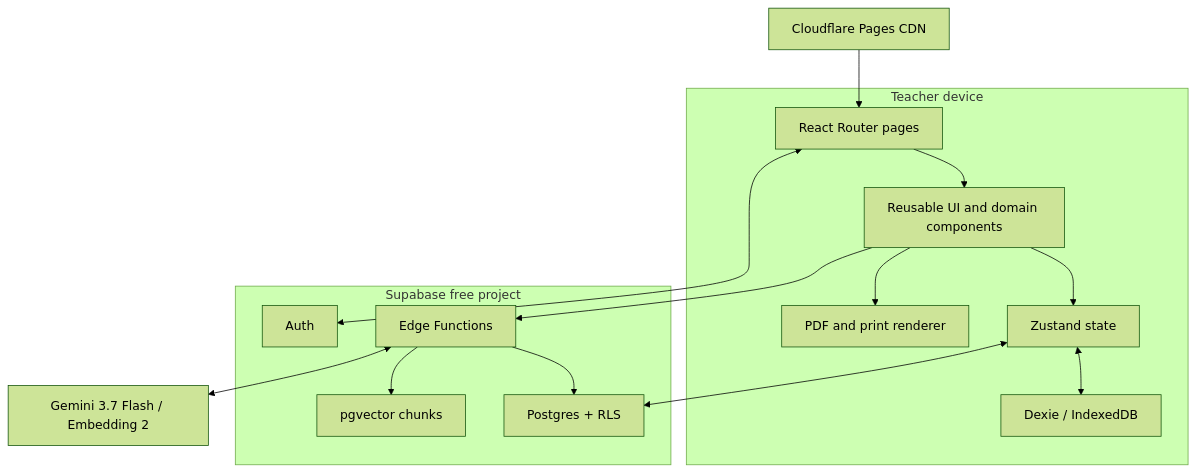
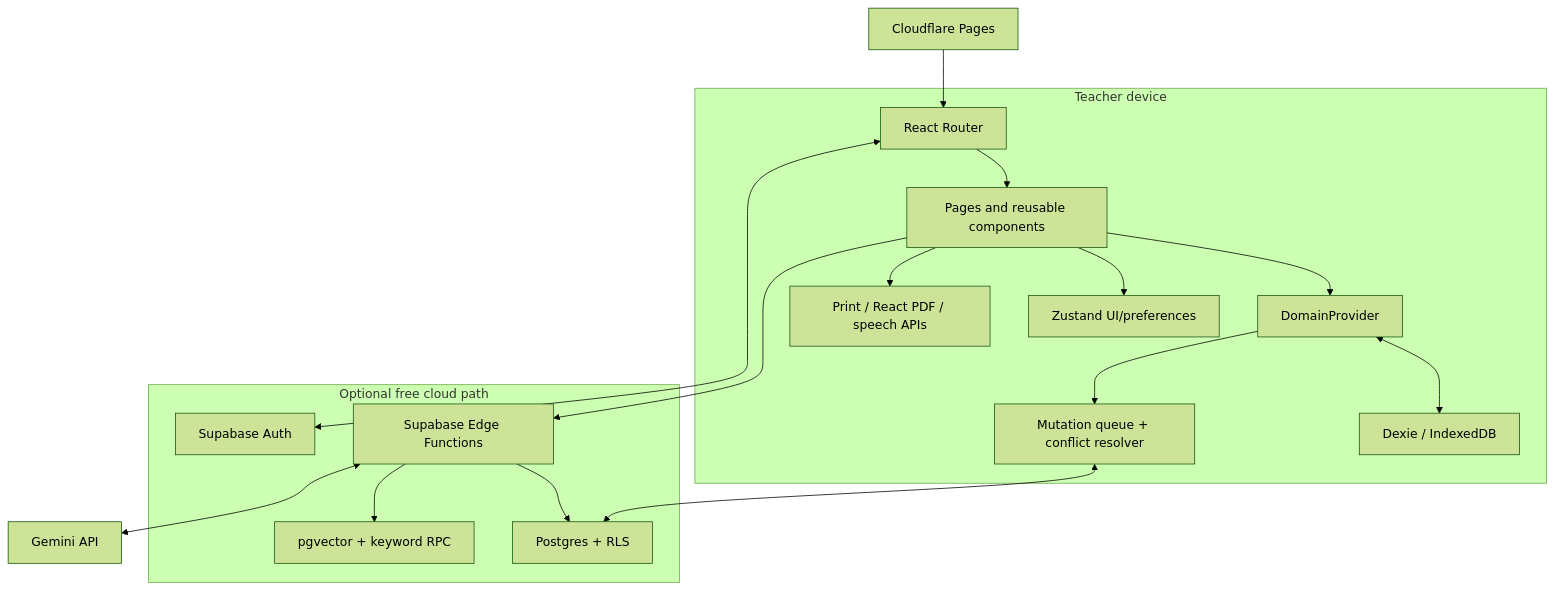
One commit to harshawardhanchitnis/Omnikon_Hackathon_Harshawardhan_Chitnis changed the first of 4 diagrams in docs/ARCHITECTURE.md. Above: the diagram before and after it, drawn with Mermaid (forest theme). The commit also changed other lines of this file and 85 other files, not shown here.

````diff
--- a/docs/ARCHITECTURE.md
+++ b/docs/ARCHITECTURE.md
@@ -14,32 +15,26 @@
 ```mermaid
 flowchart TD
   subgraph Device["Teacher device"]
-    ROUTER["React Router pages"]
-    UI["Reusable UI and domain components"]
-    STATE["Zustand state"]
-    LOCAL["Dexie / IndexedDB"]
-    PDF["PDF and print renderer"]
-    ROUTER --> UI
-    UI --> STATE
-    STATE <--> LOCAL
-    UI --> PDF
+    ROUTER["React Router"] --> UI["Pages and reusable components"]
+    UI --> DOMAIN["DomainProvider"]
+    UI --> PREFS["Zustand UI/preferences"]
+    DOMAIN <--> DEXIE["Dexie / IndexedDB"]
+    DOMAIN --> SYNC["Mutation queue + conflict resolver"]
+    UI --> EXPORT["Print / React PDF / speech APIs"]
   end
 
-  subgraph Supabase["Supabase free project"]
-    AUTH["Auth"]
-    EDGE["Edge Functions"]
+  subgraph Cloud["Optional free cloud path"]
+    AUTH["Supabase Auth"]
+    EDGE["Supabase Edge Functions"]
     DB["Postgres + RLS"]
-    VECTOR["pgvector chunks"]
+    RAG["pgvector + keyword RPC"]
     EDGE --> DB
-    EDGE --> VECTOR
+    EDGE --> RAG
   end
 
-  GEMINI["Gemini 3.7 Flash / Embedding 2"]
-  PAGES["Cloudflare Pages CDN"]
-
-  PAGES --> ROUTER
-  STATE <--> DB
+  CDN["Cloudflare Pages"] --> ROUTER
   ROUTER <--> AUTH
+  SYNC <--> DB
   UI --> EDGE
-  EDGE <--> GEMINI
+  EDGE <--> GEMINI["Gemini API"]
 ```
````
